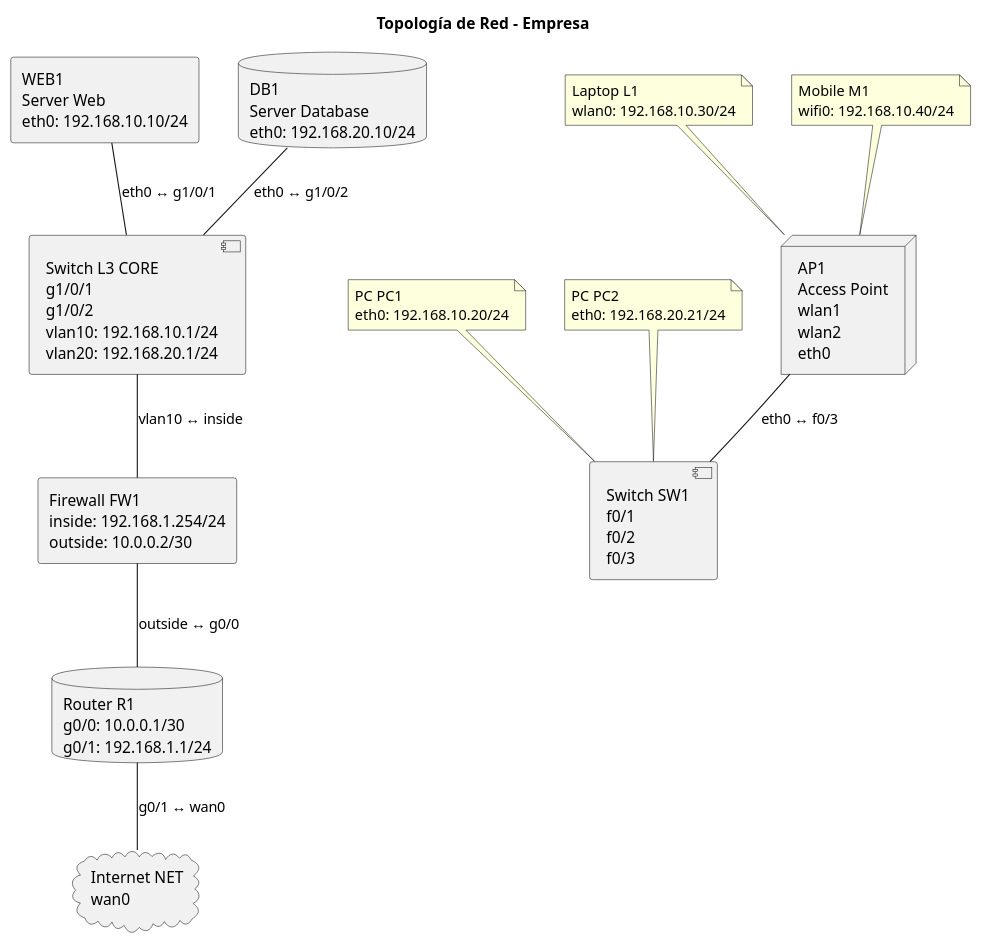
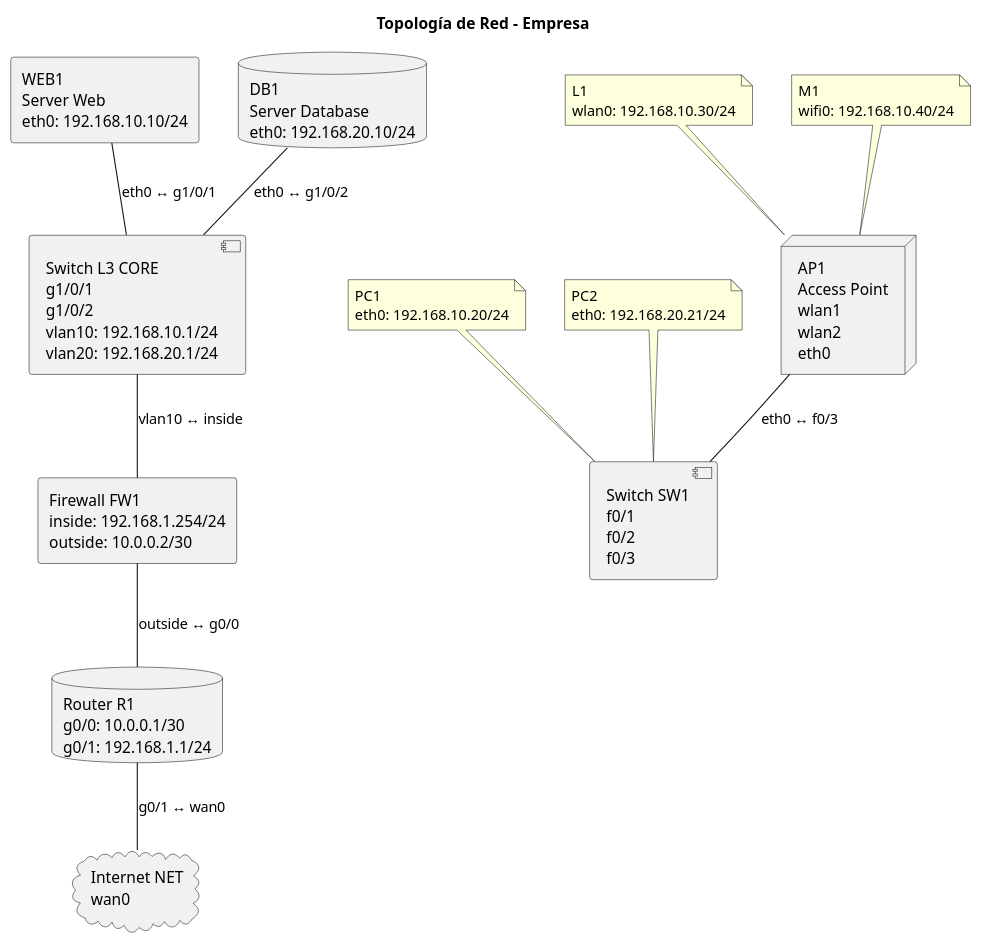
The diagram in examples/empresa.puml (estebanorellana23/CompiladorRedes-), drawn with PlantUML before and after one commit. The commit also changed 8 other files, not shown here.

```diff
--- a/examples/empresa.puml
+++ b/examples/empresa.puml
@@ -1,28 +1,28 @@
 @startuml
 title Topología de Red - Empresa
 
 database "Router R1\ng0/0: 10.0.0.1/30\ng0/1: 192.168.1.1/24" as R1
 rectangle "Firewall FW1\ninside: 192.168.1.254/24\noutside: 10.0.0.2/30" as FW1
 component "Switch L3 CORE\ng1/0/1\ng1/0/2\nvlan10: 192.168.10.1/24\nvlan20: 192.168.20.1/24" as CORE
 component "Switch SW1\nf0/1\nf0/2\nf0/3" as SW1
 rectangle "WEB1\nServer Web\neth0: 192.168.10.10/24" as WEB1
 database "DB1\nServer Database\neth0: 192.168.20.10/24" as DB1
-note "PC PC1\neth0: 192.168.10.20/24" as PC1
-note "PC PC2\neth0: 192.168.20.21/24" as PC2
-note "Laptop L1\nwlan0: 192.168.10.30/24" as L1
-note "Mobile M1\nwifi0: 192.168.10.40/24" as M1
+note "PC1\neth0: 192.168.10.20/24" as PC1
+note "PC2\neth0: 192.168.20.21/24" as PC2
+note "L1\nwlan0: 192.168.10.30/24" as L1
+note "M1\nwifi0: 192.168.10.40/24" as M1
 node "AP1\nAccess Point\nwlan1\nwlan2\neth0" as AP1
 cloud "Internet NET\nwan0" as NET
 
 PC1 -- SW1 : eth0 ↔ f0/1
 PC2 -- SW1 : eth0 ↔ f0/2
 L1 -- AP1 : wlan0 ↔ wlan1
 M1 -- AP1 : wifi0 ↔ wlan2
 AP1 -- SW1 : eth0 ↔ f0/3
 WEB1 -- CORE : eth0 ↔ g1/0/1
 DB1 -- CORE : eth0 ↔ g1/0/2
 CORE -- FW1 : vlan10 ↔ inside
 FW1 -- R1 : outside ↔ g0/0
 R1 -- NET : g0/1 ↔ wan0
 
 @enduml
```
